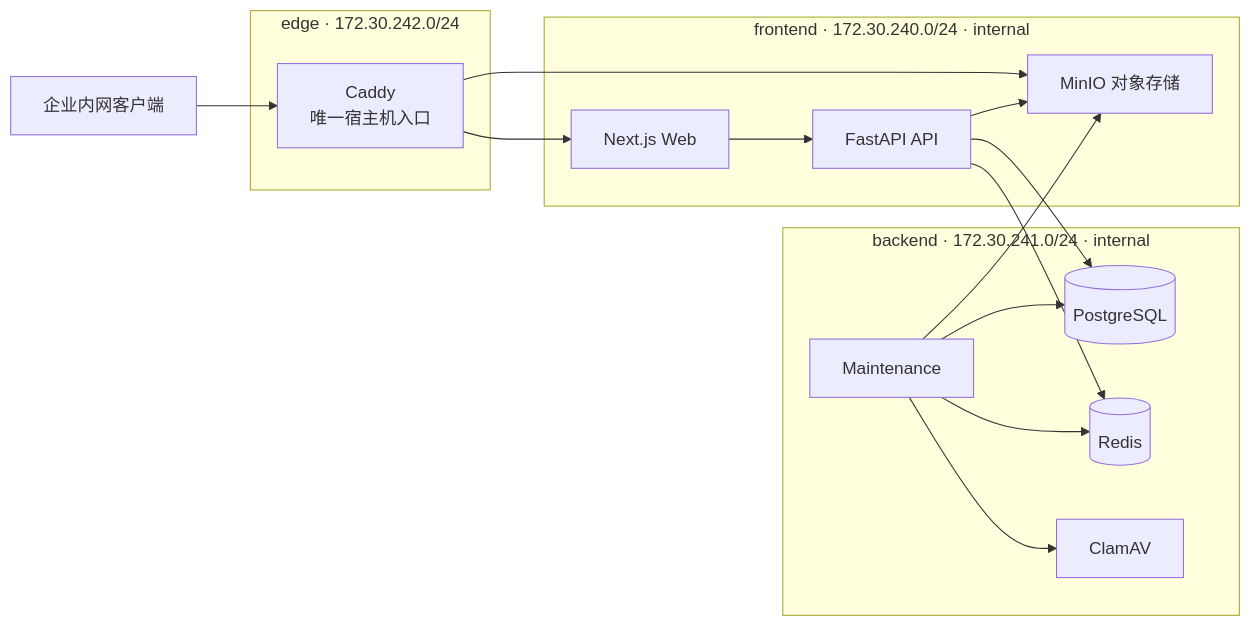
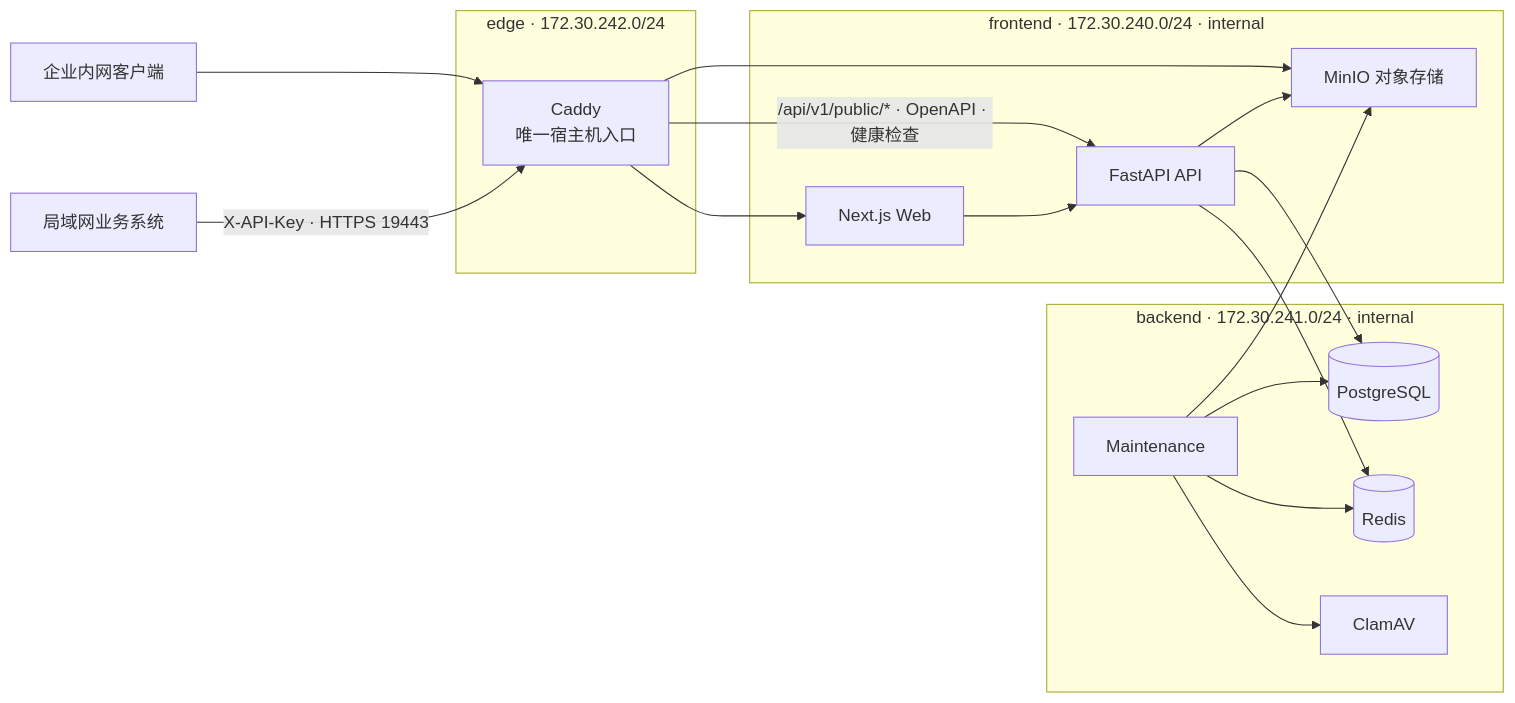
The third of 3 diagrams in README.md (SuperGokou/knowledgebases), drawn with Mermaid before and after one commit. The commit also changed other lines of this file and 14 other files, not shown here.

````diff
--- a/README.md
+++ b/README.md
@@ -439,32 +447,34 @@
 ```mermaid
 flowchart LR
     Client["企业内网客户端"] --> Caddy["Caddy\n唯一宿主机入口"]
+    ApiClient["局域网业务系统"] -->|"X-API-Key · HTTPS 19443"| Caddy
 
     subgraph Edge["edge · 172.30.242.0/24"]
         Caddy
     end
 
     subgraph Frontend["frontend · 172.30.240.0/24 · internal"]
         Web["Next.js Web"]
         API["FastAPI API"]
         MinIO["MinIO 对象存储"]
     end
 
     subgraph Backend["backend · 172.30.241.0/24 · internal"]
         PostgreSQL[("PostgreSQL")]
         Redis[("Redis")]
         ClamAV["ClamAV"]
         Maintenance["Maintenance"]
     end
 
     Caddy --> Web
+    Caddy -->|"/api/v1/public/* · OpenAPI · 健康检查"| API
     Caddy --> MinIO
     Web --> API
     API --> PostgreSQL
     API --> Redis
     API --> MinIO
     Maintenance --> PostgreSQL
     Maintenance --> Redis
     Maintenance --> MinIO
     Maintenance --> ClamAV
 ```
````
